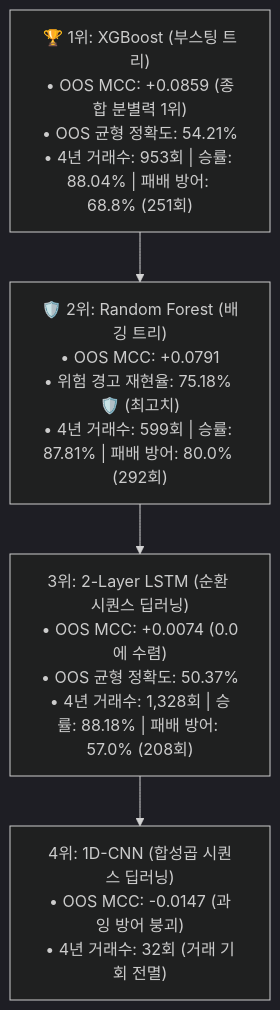
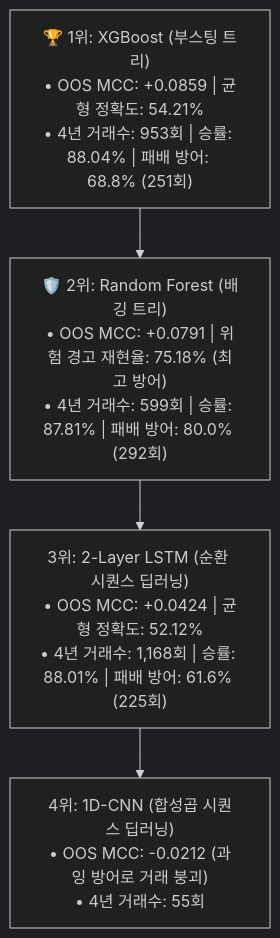
Before and after one commit to isltod/extreme-trading-experiments: the second of 2 diagrams in results/reports/strat03_step4_morphology_ml_report.md, drawn with Mermaid (dark theme). The commit also changed other lines of this file, not shown here.

````diff
--- a/results/reports/strat03_step4_morphology_ml_report.md
+++ b/results/reports/strat03_step4_morphology_ml_report.md
@@ -17,12 +63,12 @@
 ```mermaid
 flowchart TD
-    Tree1["🏆 1위: XGBoost (부스팅 트리)<br/>• OOS MCC: +0.0859 (종합 분별력 1위)<br/>• OOS 균형 정확도: 54.21%<br/>• 4년 거래수: 953회 | 승률: 88.04% | 패배 방어: 68.8% (251회)"]
+    Tree1["🏆 1위: XGBoost (부스팅 트리)<br/>• OOS MCC: +0.0859 | 균형 정확도: 54.21%<br/>• 4년 거래수: 953회 | 승률: 88.04% | 패배 방어: 68.8% (251회)"]
     
-    Tree2["🛡️ 2위: Random Forest (배깅 트리)<br/>• OOS MCC: +0.0791<br/>• 위험 경고 재현율: 75.18% 🛡️ (최고치)<br/>• 4년 거래수: 599회 | 승률: 87.81% | 패배 방어: 80.0% (292회)"]
+    Tree2["🛡️ 2위: Random Forest (배깅 트리)<br/>• OOS MCC: +0.0791 | 위험 경고 재현율: 75.18% (최고 방어)<br/>• 4년 거래수: 599회 | 승률: 87.81% | 패배 방어: 80.0% (292회)"]
     
-    DL1["3위: 2-Layer LSTM (순환 시퀀스 딥러닝)<br/>• OOS MCC: +0.0074 (0.0에 수렴)<br/>• OOS 균형 정확도: 50.37%<br/>• 4년 거래수: 1,328회 | 승률: 88.18% | 패배 방어: 57.0% (208회)"]
+    DL1["3위: 2-Layer LSTM (순환 시퀀스 딥러닝)<br/>• OOS MCC: +0.0424 | 균형 정확도: 52.12%<br/>• 4년 거래수: 1,168회 | 승률: 88.01% | 패배 방어: 61.6% (225회)"]
     
-    DL2["4위: 1D-CNN (합성곱 시퀀스 딥러닝)<br/>• OOS MCC: -0.0147 (과잉 방어 붕괴)<br/>• 4년 거래수: 32회 (거래 기회 전멸)"]
+    DL2["4위: 1D-CNN (합성곱 시퀀스 딥러닝)<br/>• OOS MCC: -0.0212 (과잉 방어로 거래 붕괴)<br/>• 4년 거래수: 55회"]
 
     Tree1 --> Tree2 --> DL1 --> DL2
 ```
````
